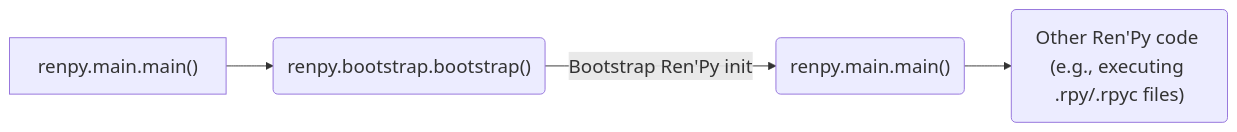
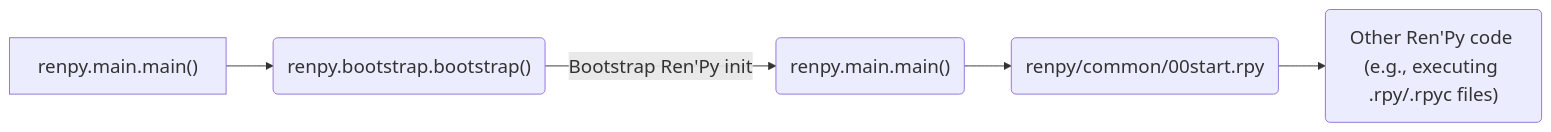
The first of 2 diagrams in DEVELOPERMENT.md (Lines25/RenModder), drawn with Mermaid before and after one commit. The commit also changed other lines of this file and 11 other files, not shown here.

````diff
--- a/DEVELOPERMENT.md
+++ b/DEVELOPERMENT.md
@@ -96,7 +97,10 @@
 ```mermaid
+
 %%{init: {'theme': 'black', 'themeVariables': { 'fontFamily': 'Arial', 'fontSize': '20px', 'lineHeight': '1.5', 'textAlign': 'center' }}}%% 
 flowchart LR;
     main["renpy.main.main()"] --> renpy.bootstrap.bootstrap("renpy.bootstrap.bootstrap()");
     renpy.bootstrap.bootstrap -- "Bootstrap Ren'Py init" --> renpy.main("renpy.main.main()");
-    renpy.main --> other("Other Ren'Py code (e.g., executing .rpy/.rpyc files)");
+    renpy.main --> start.rpy_renpy("renpy/common/00start.rpy");
+    start.rpy_renpy --> other("Other Ren'Py code (e.g., executing .rpy/.rpyc files)");
+
 ```
````
